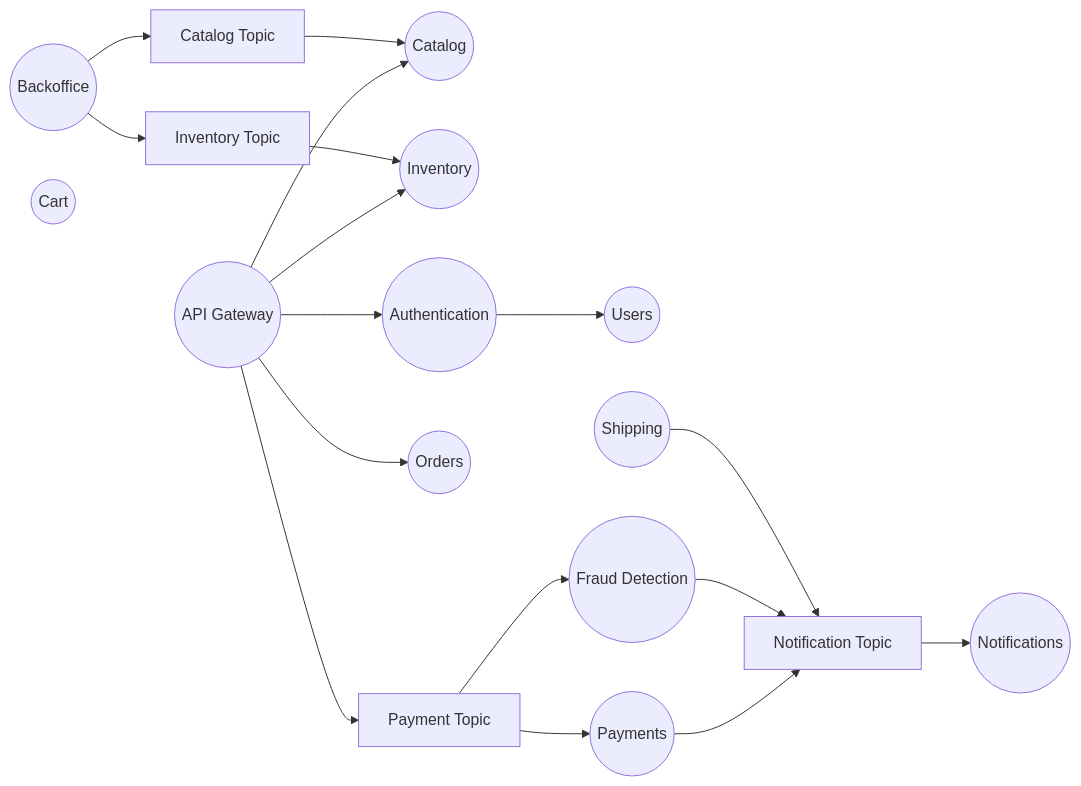
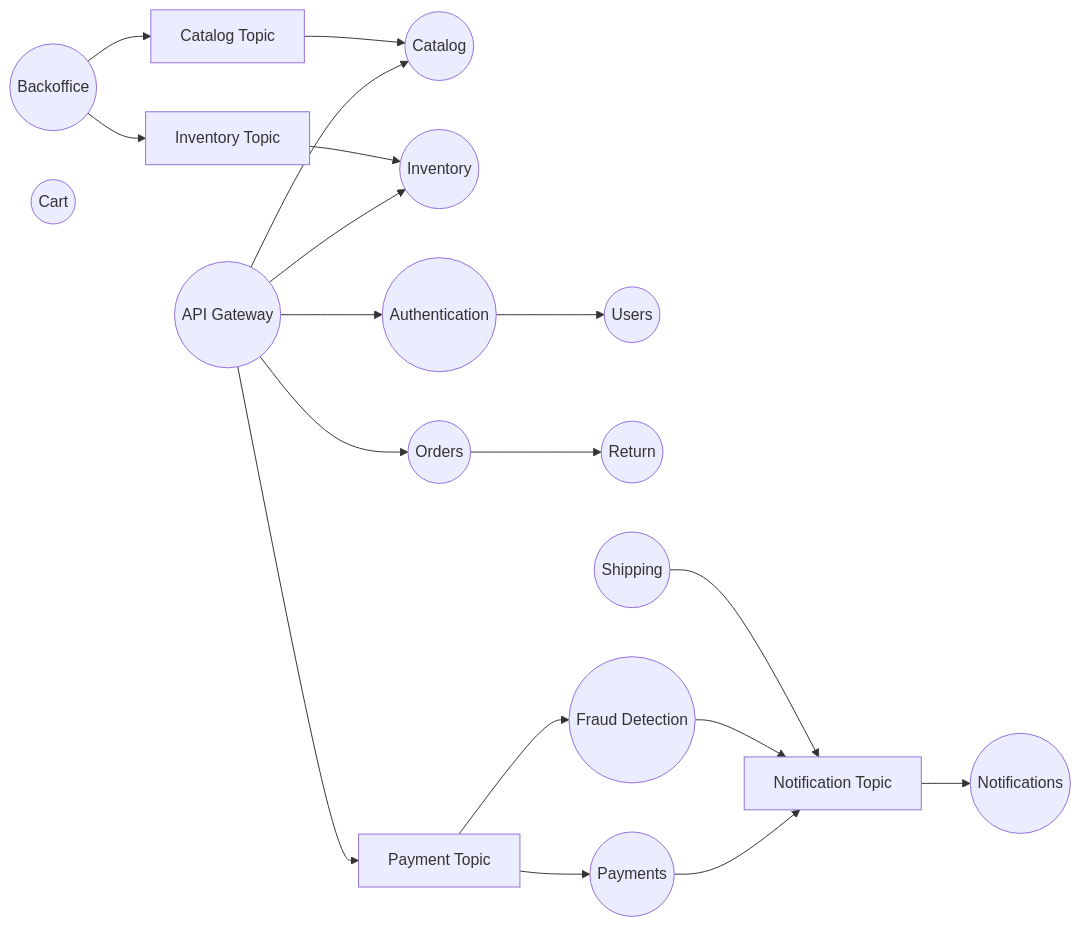
One commit to Over-engineered-Ecommerce/Architecture changed the second of 2 diagrams in README.md. Above: the diagram before and after it, drawn with Mermaid.

````diff
--- a/README.md
+++ b/README.md
@@ -14,28 +14,29 @@
 ```mermaid
 graph LR;
 
     Catalog((Catalog))
     
     
     
     Gateway((API Gateway)) --> Inventory((Inventory))
     Backoffice((Backoffice)) --> InventoryTopic[Inventory Topic]
     InventoryTopic --> Inventory((Inventory))
     Backoffice((Backoffice)) --> CatalogTopic[Catalog Topic]
     Auth((Authentication)) --> Users((Users))
     Gateway((API Gateway)) --> Auth((Authentication))
     Gateway((API Gateway)) --> Catalog((Catalog))
     CatalogTopic --> Catalog((Catalog))
     Gateway((API Gateway)) --> Orders((Orders))
+    Orders --> return((Return))
     Gateway((API Gateway)) --> paymentTopic[Payment Topic]
     paymentTopic --> Payments((Payments))
     paymentTopic --> Fraud((Fraud Detection))
     
     Payments((Payments)) --> notificationTopic[Notification Topic]
     Fraud --> notificationTopic[Notification Topic]
     notificationTopic --> Notifications((Notifications))
     Shipping((Shipping)) --> notificationTopic
     
     Cart((Cart))
 
 ```
````
